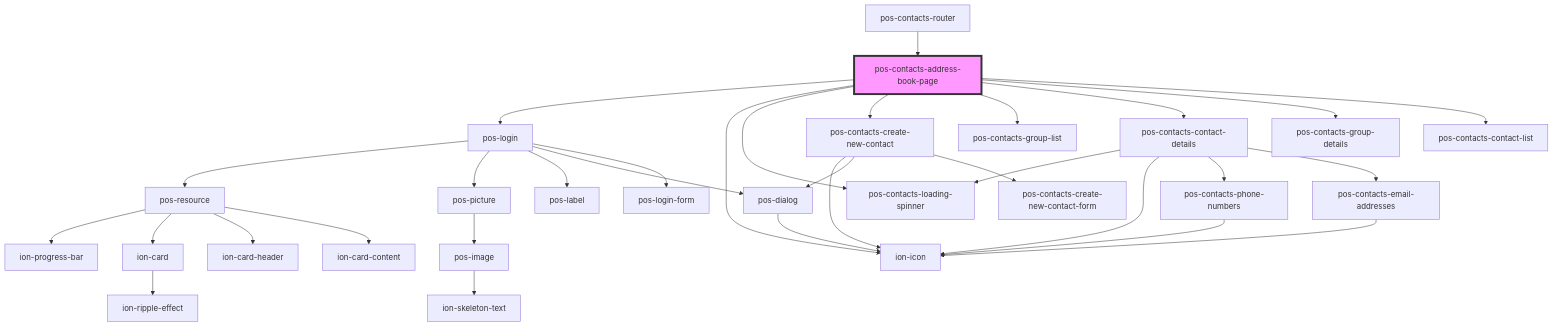
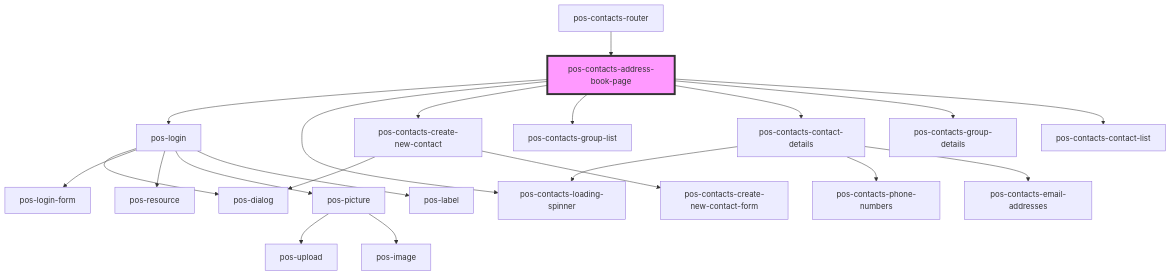
One commit to pod-os/PodOS changed the diagram in contacts/src/components/address-book-page/readme.md. Above: the diagram before and after it, drawn with Mermaid. The commit also changed other lines of this file and 8 other files, not shown here.

````diff
--- a/contacts/src/components/address-book-page/readme.md
+++ b/contacts/src/components/address-book-page/readme.md
@@ -34,35 +33,24 @@
 ```mermaid
 graph TD;
   pos-contacts-address-book-page --> pos-login
-  pos-contacts-address-book-page --> ion-icon
   pos-contacts-address-book-page --> pos-contacts-loading-spinner
   pos-contacts-address-book-page --> pos-contacts-create-new-contact
   pos-contacts-address-book-page --> pos-contacts-group-list
   pos-contacts-address-book-page --> pos-contacts-contact-details
   pos-contacts-address-book-page --> pos-contacts-group-details
   pos-contacts-address-book-page --> pos-contacts-contact-list
+  pos-login --> pos-dialog
+  pos-login --> pos-login-form
   pos-login --> pos-resource
   pos-login --> pos-picture
   pos-login --> pos-label
-  pos-login --> pos-dialog
-  pos-login --> pos-login-form
-  pos-resource --> ion-progress-bar
-  pos-resource --> ion-card
-  pos-resource --> ion-card-header
-  pos-resource --> ion-card-content
-  ion-card --> ion-ripple-effect
+  pos-picture --> pos-upload
   pos-picture --> pos-image
-  pos-image --> ion-skeleton-text
-  pos-dialog --> ion-icon
-  pos-contacts-create-new-contact --> ion-icon
   pos-contacts-create-new-contact --> pos-dialog
   pos-contacts-create-new-contact --> pos-contacts-create-new-contact-form
   pos-contacts-contact-details --> pos-contacts-loading-spinner
-  pos-contacts-contact-details --> ion-icon
   pos-contacts-contact-details --> pos-contacts-phone-numbers
   pos-contacts-contact-details --> pos-contacts-email-addresses
-  pos-contacts-phone-numbers --> ion-icon
-  pos-contacts-email-addresses --> ion-icon
   pos-contacts-router --> pos-contacts-address-book-page
   style pos-contacts-address-book-page fill:#f9f,stroke:#333,stroke-width:4px
 ```
````
